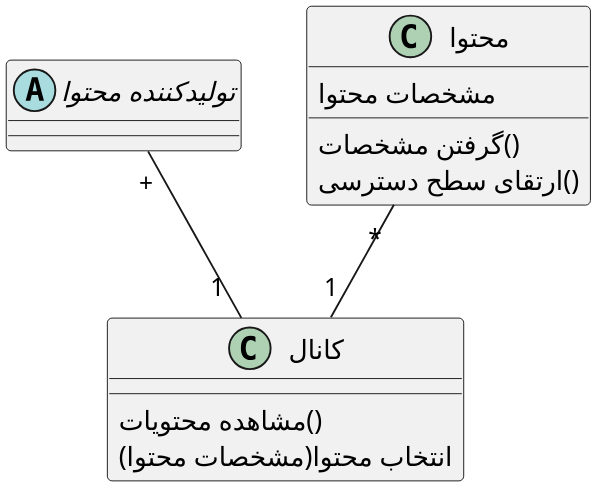
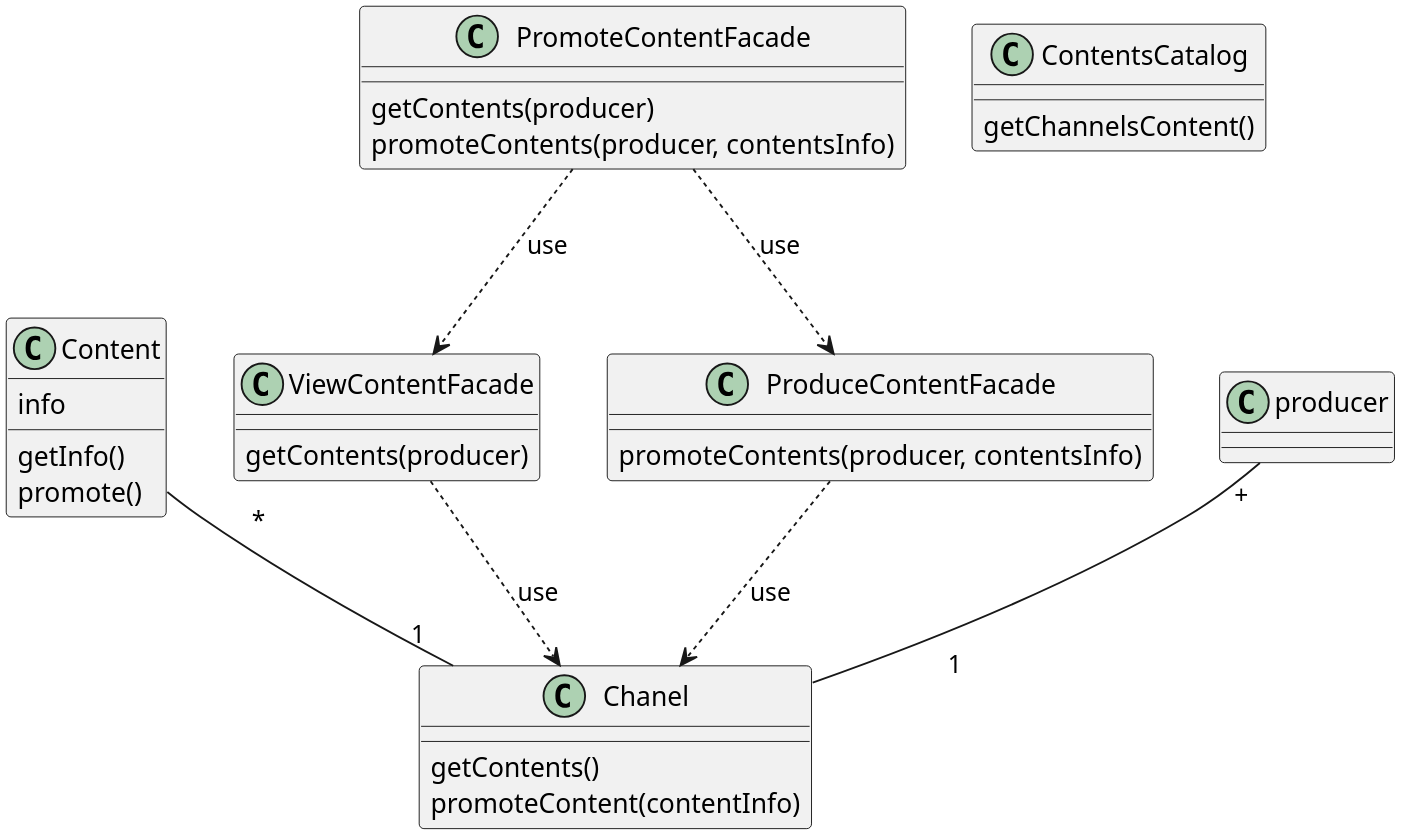
Before and after one commit to soleyman79/Qasedak: the diagram in Diagrams/Design Class/PromoteContent.puml, drawn with PlantUML.

Commit message:
update Design class: PromoteContent.puml

```diff
--- a/Diagrams/Design Class/PromoteContent.puml
+++ b/Diagrams/Design Class/PromoteContent.puml
@@ -1,26 +1,45 @@
 @startuml promote_content
 
 
 scale 3
 skinparam DefaultFontName B Nazanin
 skinparam ArrowMessageAlignment right
 
-abstract "تولیدکننده محتوا" as producer {
+
+class "Chanel" as chanel {
+    getContents()
+    promoteContent(contentInfo)
 }
 
-class "محتوا" as content {
-    مشخصات محتوا
-    گرفتن مشخصات()
-    ارتقای سطح دسترسی()
+class Content {
+    info
+    getInfo()
+    promote()
 }
 
-class "کانال" as chanel {
-    مشاهده محتویات()
-    انتخاب محتوا(مشخصات محتوا)
+class PromoteContentFacade {
+    getContents(producer)
+    promoteContents(producer, contentsInfo)
 }
 
-content "           *" -- "1" chanel
-producer "+" -- "                   1" chanel
+class ViewContentFacade {
+    getContents(producer)
+}
+
+class ProduceContentFacade {
+    promoteContents(producer, contentsInfo)
+}
+
+class ContentsCatalog {
+    getChannelsContent()
+}
 
 
+
+Content "           *" -- "1" chanel
+producer "+" -- "                   1" chanel
+PromoteContentFacade ..> ViewContentFacade :use
+PromoteContentFacade ..> ProduceContentFacade :use
+ViewContentFacade ..> chanel :use
+ProduceContentFacade ..> chanel :use
 @enduml
```
